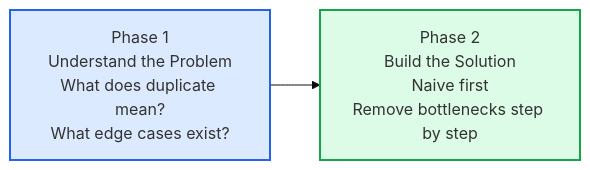
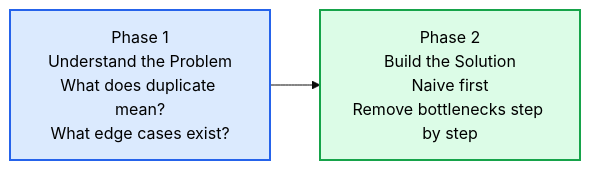
The second of 13 diagrams in 02 - Contains Duplicate/README.md (M-F-Tushar/LeetCode-Problem-Solving), drawn with Mermaid (base theme) before and after one commit. The commit also changed other lines of this file, not shown here.

````diff
--- a/02 - Contains Duplicate/README.md
+++ b/02 - Contains Duplicate/README.md
@@ -48,7 +47,7 @@
 ```mermaid
 flowchart LR
     A["Phase 1\nUnderstand the Problem\nWhat does duplicate mean?\nWhat edge cases exist?"] --> B["Phase 2\nBuild the Solution\nNaive first\nRemove bottlenecks step by step"]
 
-    style A fill:#dbeafe,stroke:#2563eb,stroke-width:2px
-    style B fill:#dcfce7,stroke:#16a34a,stroke-width:2px
+    style A fill:#dbeafe,stroke:#2563eb,stroke-width:2px,color:#000000
+    style B fill:#dcfce7,stroke:#16a34a,stroke-width:2px,color:#000000
 ```
````
